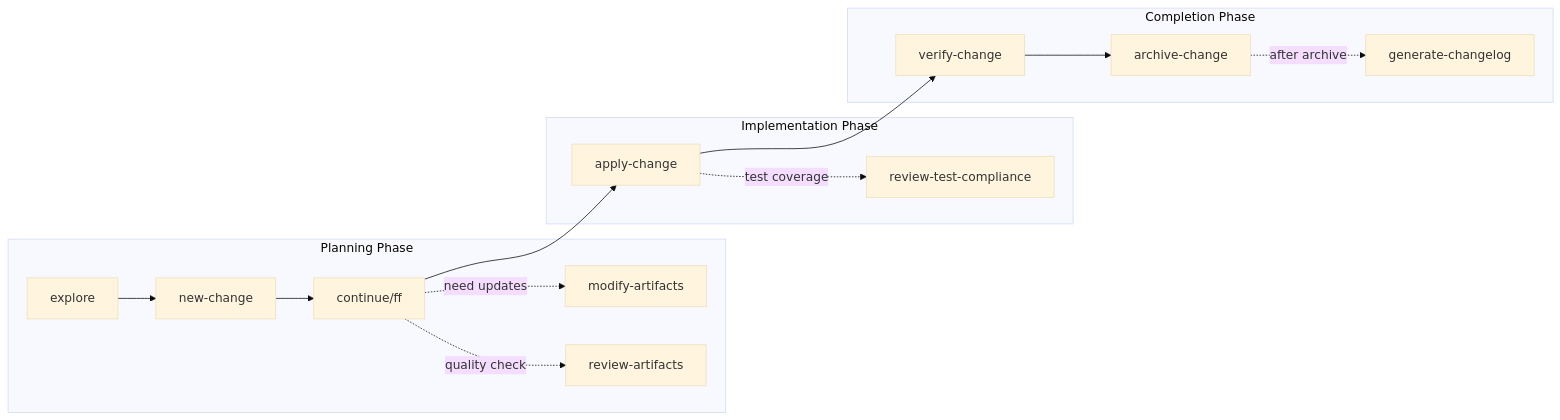
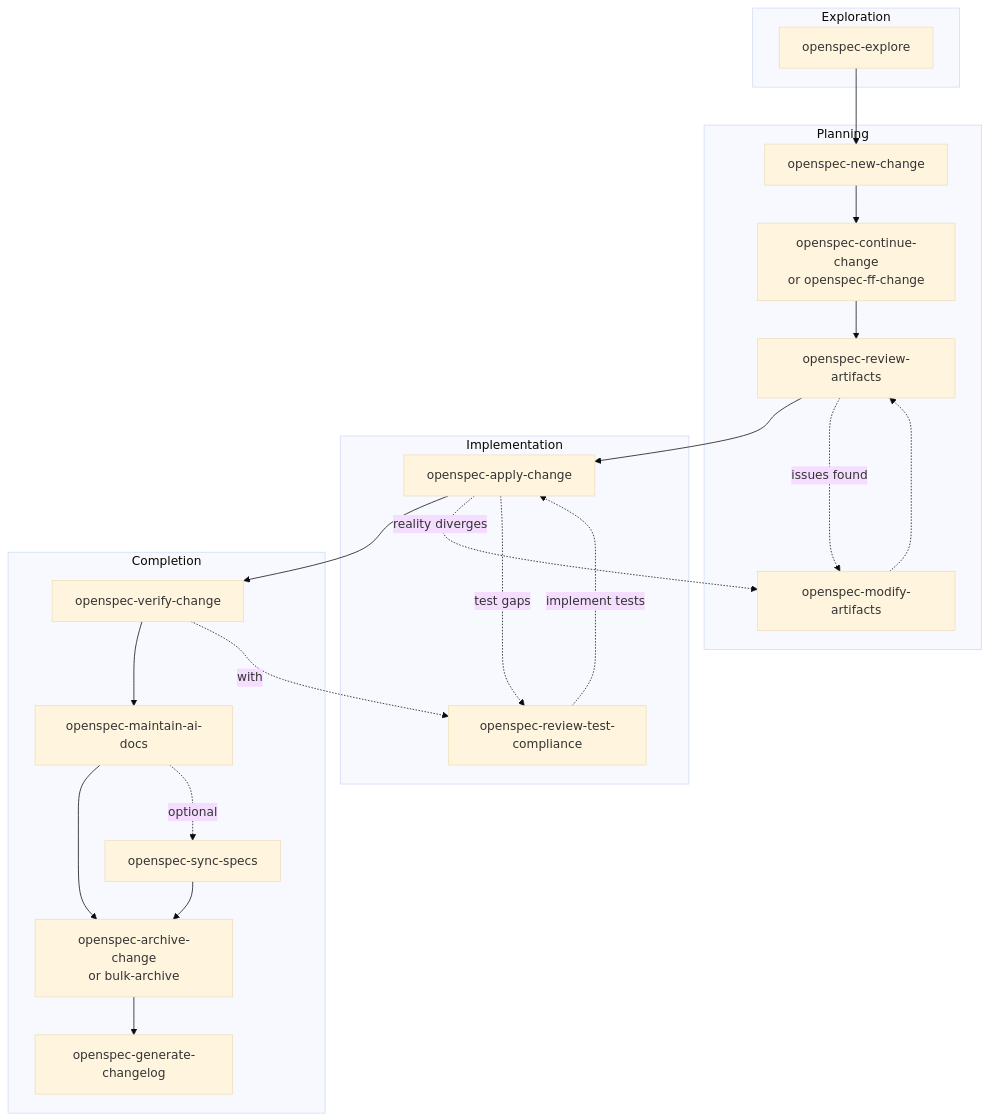
One commit to amauryconstant/openspec-extended changed the fourth of 6 diagrams in resources/claude/skills/openspec-concepts/SKILL.md. Above: the diagram before and after it, drawn with Mermaid (base theme). The commit also changed other lines of this file and 13 other files, not shown here.

First line of the commit message:
Restructure openspec-concepts with anti-patterns and JSON schemas

````diff
--- a/resources/claude/skills/openspec-concepts/SKILL.md
+++ b/resources/claude/skills/openspec-concepts/SKILL.md
@@ -379,29 +182,36 @@
 ```mermaid
-graph LR
-    subgraph "Planning Phase"
-        P1[explore]
-        P2[new-change]
-        P3[continue/ff]
-        P4a[modify-artifacts]
-        P4b[review-artifacts]
+graph TB
+    subgraph Exploration["Exploration"]
+        E1[openspec-explore]
     end
     
-    subgraph "Implementation Phase"
-        I1[apply-change]
-        I2[review-test-compliance]
+    subgraph Planning["Planning"]
+        P1[openspec-new-change]
+        P2[openspec-continue-change<br/>or openspec-ff-change]
+        P3[openspec-review-artifacts]
+        P4[openspec-modify-artifacts]
     end
     
-    subgraph "Completion Phase"
-        C1[verify-change]
-        C2[archive-change]
-        C3[generate-changelog]
+    subgraph Implementation["Implementation"]
+        I1[openspec-apply-change]
+        I2[openspec-review-test-compliance]
     end
     
-    P1 --> P2 --> P3
-    P3 -.->|"need updates"| P4a
-    P3 -.->|"quality check"| P4b
-    P3 --> I1
-    I1 -.->|"test coverage"| I2
-    I1 --> C1 --> C2
-    C2 -.->|"after archive"| C3
+    subgraph Completion["Completion"]
+        C1[openspec-verify-change]
+        C2[openspec-maintain-ai-docs]
+        C3[openspec-sync-specs]
+        C4[openspec-archive-change<br/>or bulk-archive]
+        C5[openspec-generate-changelog]
+    end
+    
+    E1 --> P1 --> P2 --> P3 --> I1 --> C1 --> C2 --> C4 --> C5
+    C2 -.->|optional| C3 --> C4
+    
+    P3 -.->|issues found| P4
+    P4 -.-> P3
+    I1 -.->|reality diverges| P4
+    I1 -.->|test gaps| I2
+    I2 -.->|implement tests| I1
+    C1 -.->|with| I2
 ```
````
